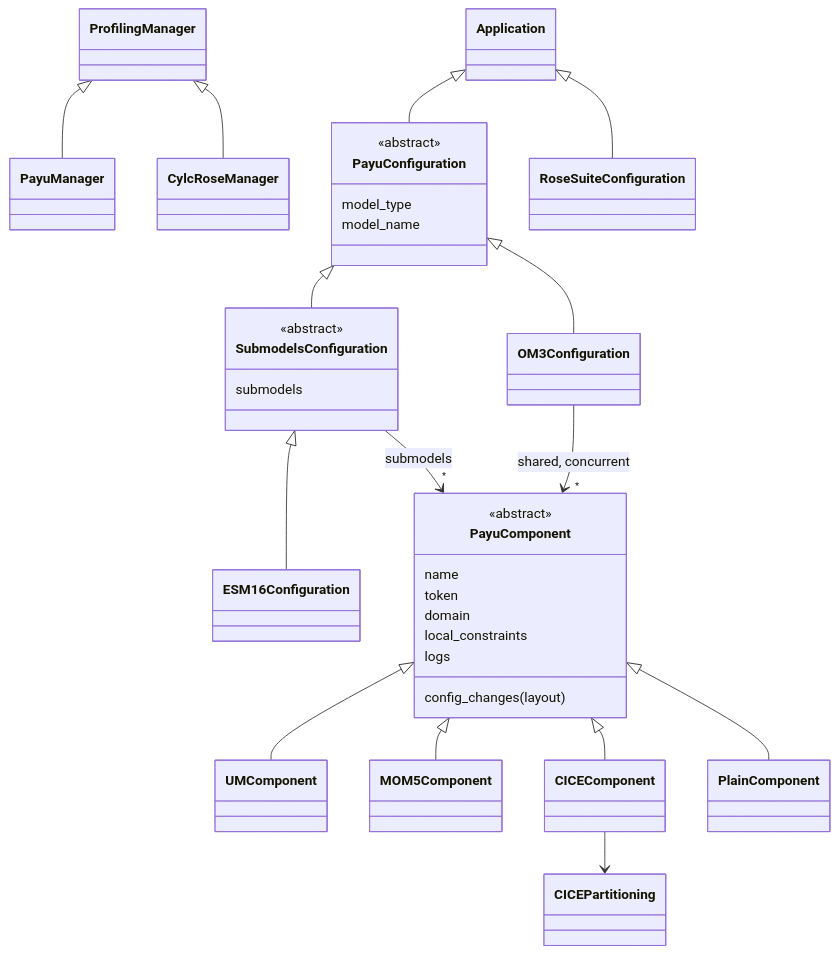
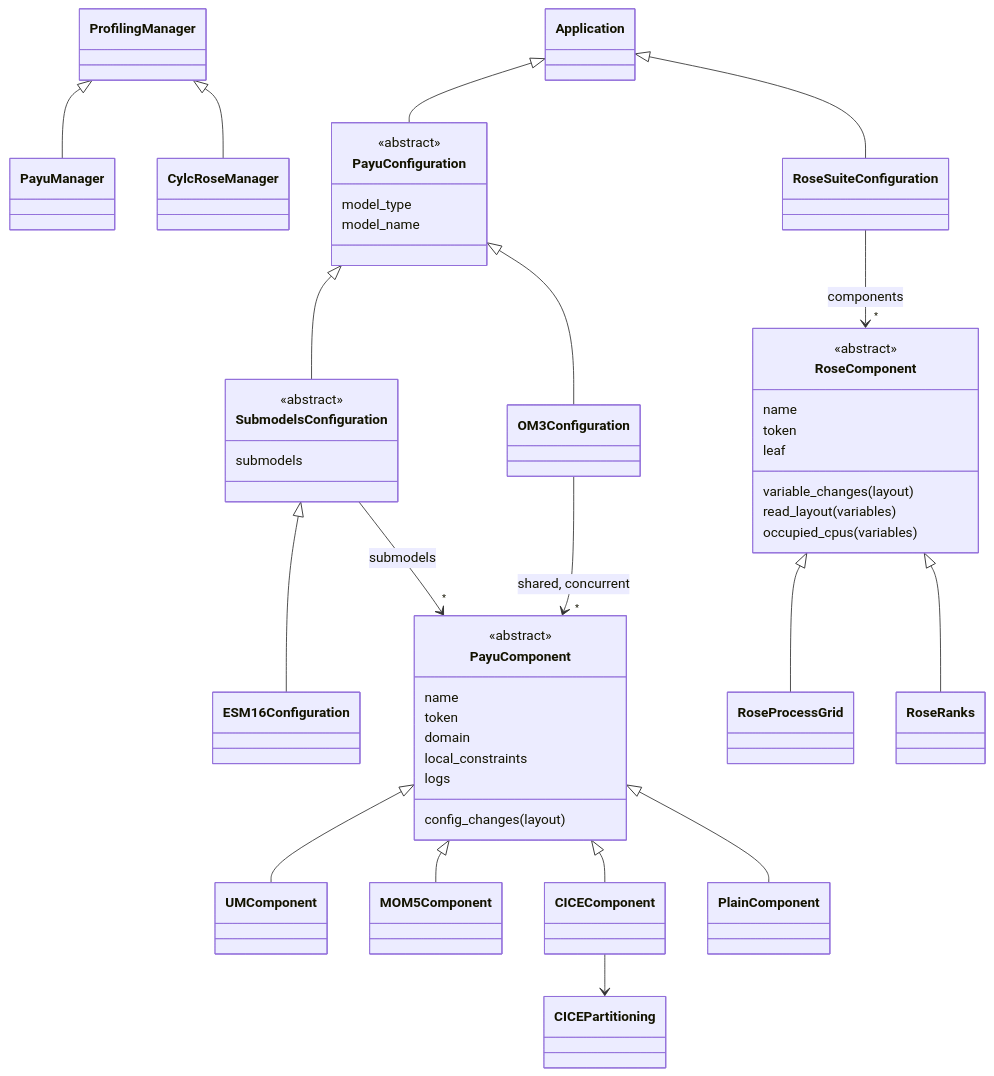
The second of 3 diagrams in documentation/docs/pages/developer-guide/index.md (ACCESS-NRI/access-profiling), drawn with Mermaid before and after one commit. The commit also changed other lines of this file and 17 other files, not shown here.

````diff
--- a/documentation/docs/pages/developer-guide/index.md
+++ b/documentation/docs/pages/developer-guide/index.md
@@ -89,36 +89,48 @@
 ```mermaid
 classDiagram
     direction TB
     ProfilingManager <|-- PayuManager
     ProfilingManager <|-- CylcRoseManager
     class PayuConfiguration {
         <<abstract>>
         model_type
         model_name
     }
     class SubmodelsConfiguration {
         <<abstract>>
         submodels
     }
     class PayuComponent {
         <<abstract>>
         name
         token
         domain
         local_constraints
         logs
         config_changes(layout)
     }
+    class RoseComponent {
+        <<abstract>>
+        name
+        token
+        leaf
+        variable_changes(layout)
+        read_layout(variables)
+        occupied_cpus(variables)
+    }
     Application <|-- PayuConfiguration
     Application <|-- RoseSuiteConfiguration
+    RoseSuiteConfiguration --> "*" RoseComponent : components
+    RoseComponent <|-- RoseProcessGrid
+    RoseComponent <|-- RoseRanks
     PayuConfiguration <|-- SubmodelsConfiguration
     PayuConfiguration <|-- OM3Configuration
     SubmodelsConfiguration <|-- ESM16Configuration
     SubmodelsConfiguration --> "*" PayuComponent : submodels
     PayuComponent <|-- UMComponent
     PayuComponent <|-- MOM5Component
     PayuComponent <|-- CICEComponent
     PayuComponent <|-- PlainComponent
     CICEComponent --> CICEPartitioning
     OM3Configuration --> "*" PayuComponent : shared, concurrent
 ```
````
